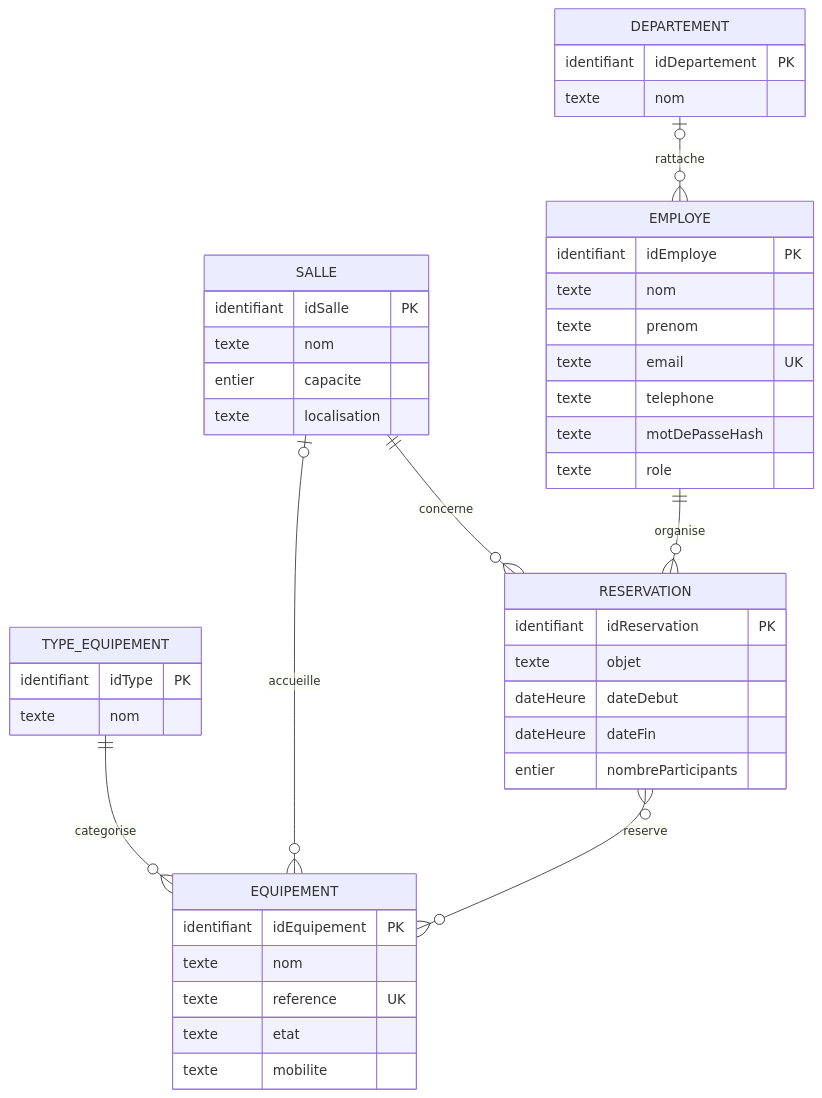
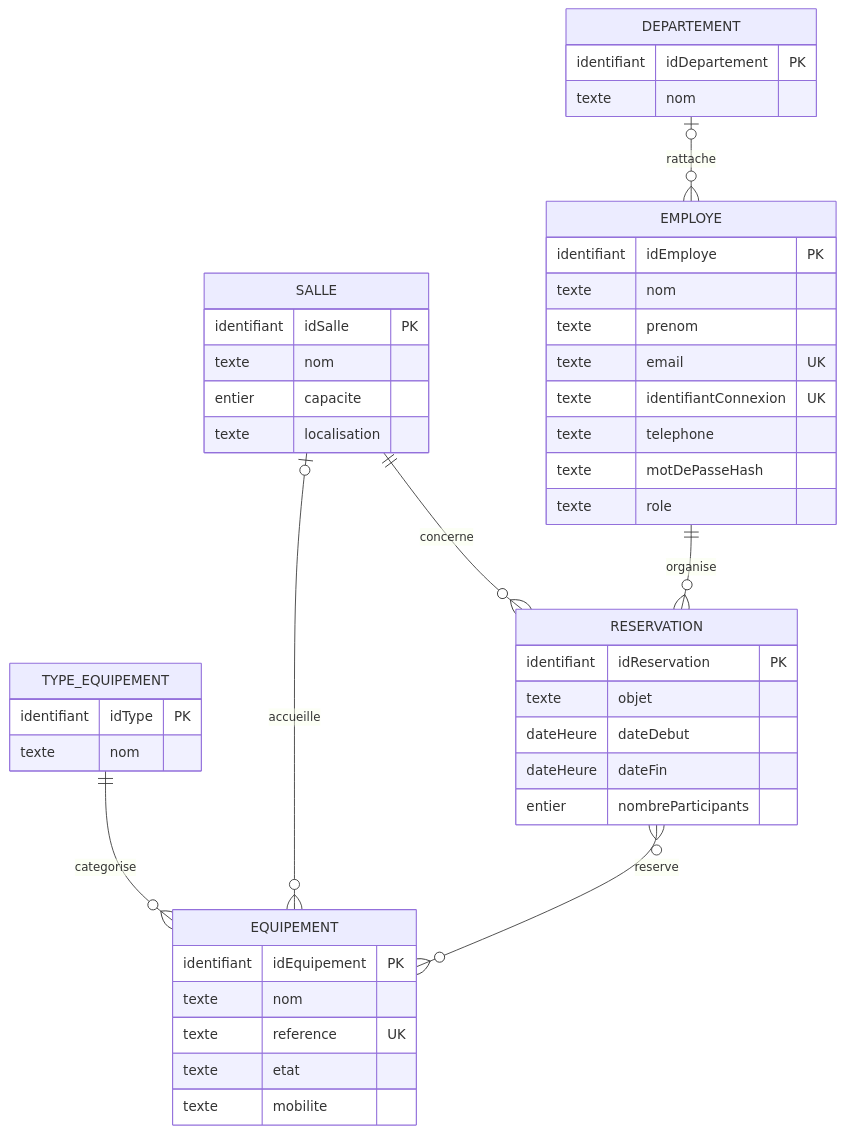
Before and after one commit to JamaisLa/WorkSpace: the diagram in docs/conception/mcd.md, drawn with Mermaid. The commit also changed other lines of this file and 8 other files, not shown here.

````diff
--- a/docs/conception/mcd.md
+++ b/docs/conception/mcd.md
@@ -3,47 +3,48 @@
 ```mermaid
 erDiagram
     DEPARTEMENT {
         identifiant idDepartement PK
         texte nom
     }
     EMPLOYE {
         identifiant idEmploye PK
         texte nom
         texte prenom
         texte email UK
+        texte identifiantConnexion UK
         texte telephone
         texte motDePasseHash
         texte role
     }
     SALLE {
         identifiant idSalle PK
         texte nom
         entier capacite
         texte localisation
     }
     TYPE_EQUIPEMENT {
         identifiant idType PK
         texte nom
     }
     EQUIPEMENT {
         identifiant idEquipement PK
         texte nom
         texte reference UK
         texte etat
         texte mobilite
     }
     RESERVATION {
         identifiant idReservation PK
         texte objet
         dateHeure dateDebut
         dateHeure dateFin
         entier nombreParticipants
     }
 
     DEPARTEMENT o|--o{ EMPLOYE : rattache
     TYPE_EQUIPEMENT ||--o{ EQUIPEMENT : categorise
     SALLE o|--o{ EQUIPEMENT : accueille
     SALLE ||--o{ RESERVATION : concerne
     EMPLOYE ||--o{ RESERVATION : organise
     RESERVATION o{--o{ EQUIPEMENT : reserve
 ```
````
